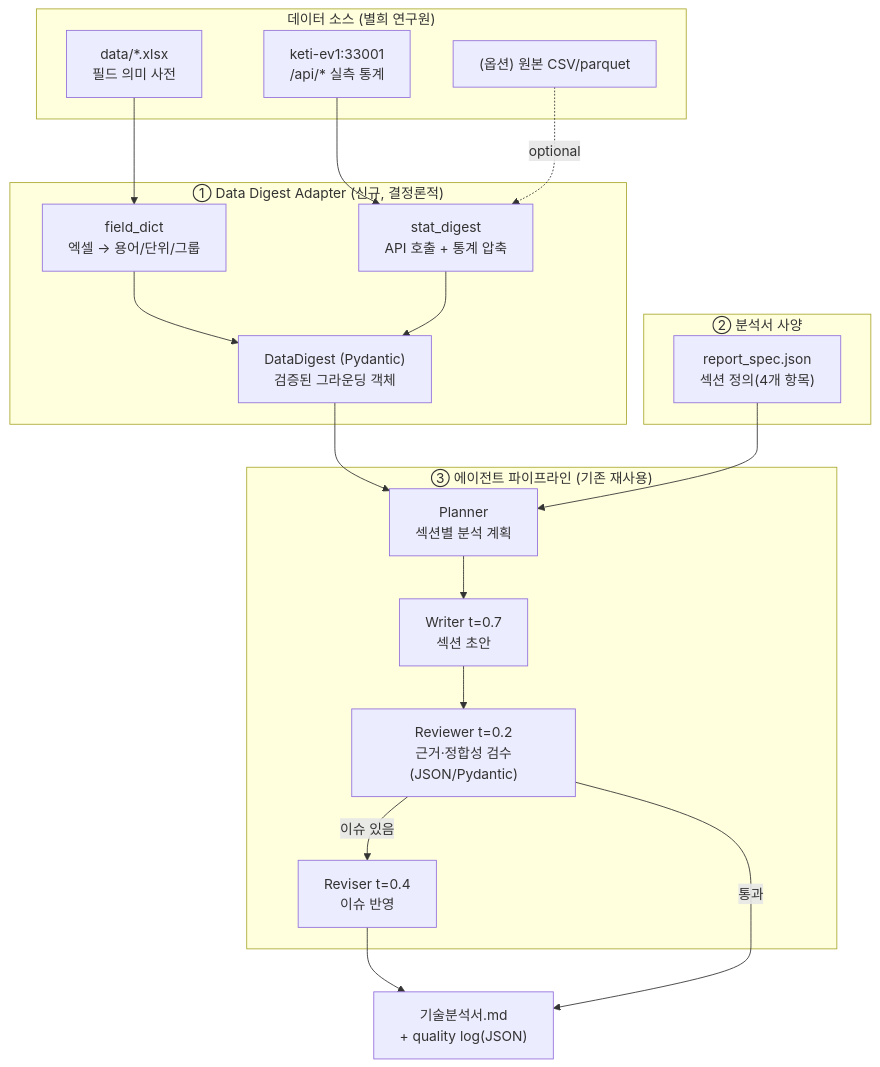
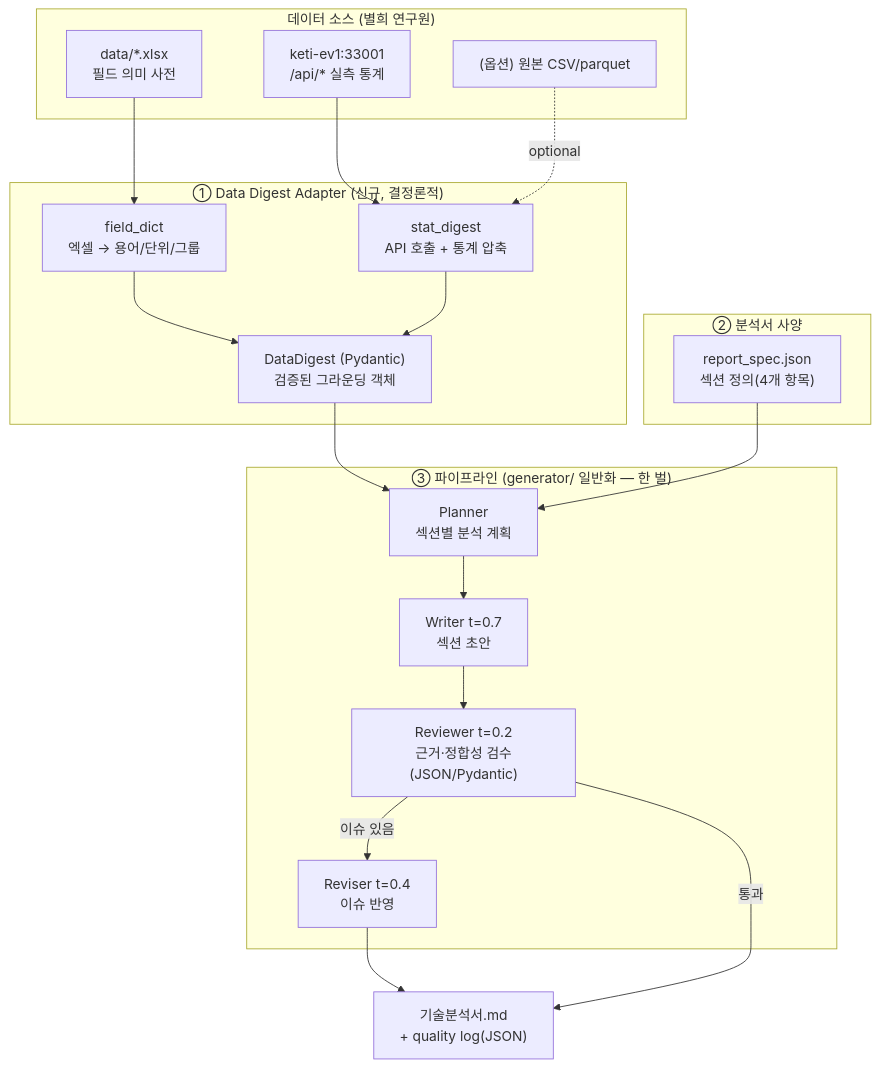
Before and after one commit to sayoon01/ai-books: the second of 2 diagrams in MOLD_DX_AGENT_DESIGN.md, drawn with Mermaid. The commit also changed other lines of this file and 1 other file, not shown here.

First line of the commit message:
docs: 금형 DX 설계 방향을 단일 파이프라인 일반화로 전환

````diff
--- a/MOLD_DX_AGENT_DESIGN.md
+++ b/MOLD_DX_AGENT_DESIGN.md
@@ -118,37 +121,37 @@
 ```mermaid
 flowchart TD
     subgraph SRC["데이터 소스 (별희 연구원)"]
         XLS["data/*.xlsx\n필드 의미 사전"]
         API["keti-ev1:33001\n/api/* 실측 통계"]
         RAW["(옵션) 원본 CSV/parquet"]
     end
 
     subgraph ADP["① Data Digest Adapter (신규, 결정론적)"]
         FIELDS["field_dict\n엑셀 → 용어/단위/그룹"]
         STATS["stat_digest\nAPI 호출 + 통계 압축"]
         DIGEST["DataDigest (Pydantic)\n검증된 그라운딩 객체"]
     end
 
     subgraph SPEC["② 분석서 사양"]
         REPORT_TOC["report_spec.json\n섹션 정의(4개 항목)"]
     end
 
-    subgraph PIPE["③ 에이전트 파이프라인 (기존 재사용)"]
+    subgraph PIPE["③ 파이프라인 (generator/ 일반화 — 한 벌)"]
         PLAN["Planner\n섹션별 분석 계획"]
         WRITE["Writer t=0.7\n섹션 초안"]
         REVIEW["Reviewer t=0.2\n근거·정합성 검수(JSON/Pydantic)"]
         REVISE["Reviser t=0.4\n이슈 반영"]
     end
 
     OUT["기술분석서.md\n+ quality log(JSON)"]
 
     XLS --> FIELDS
     API --> STATS
     RAW -.optional.-> STATS
     FIELDS & STATS --> DIGEST
     DIGEST --> PLAN
     REPORT_TOC --> PLAN
     PLAN --> WRITE --> REVIEW
     REVIEW -->|이슈 있음| REVISE --> OUT
     REVIEW -->|통과| OUT
 ```
````
